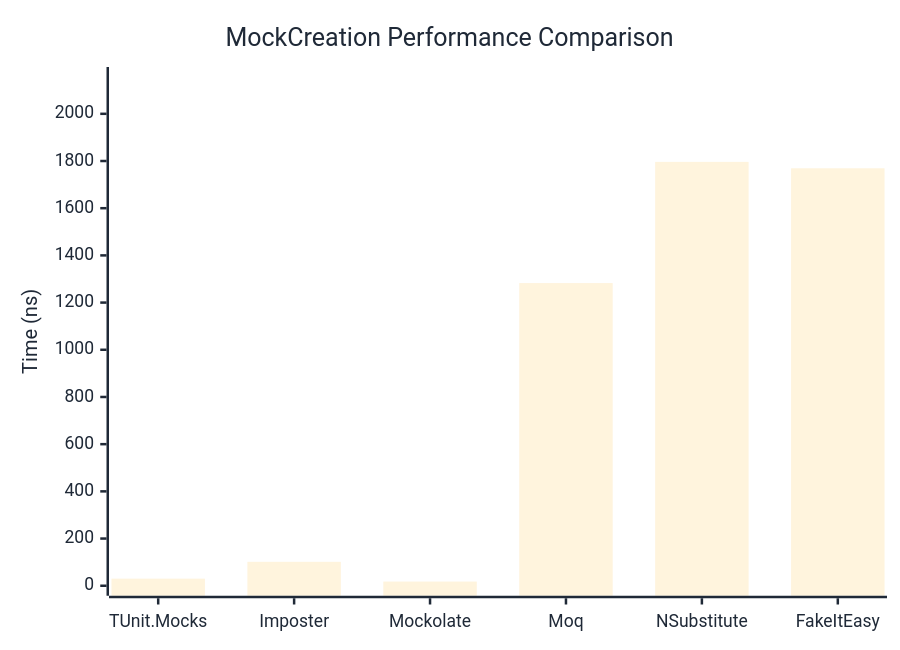
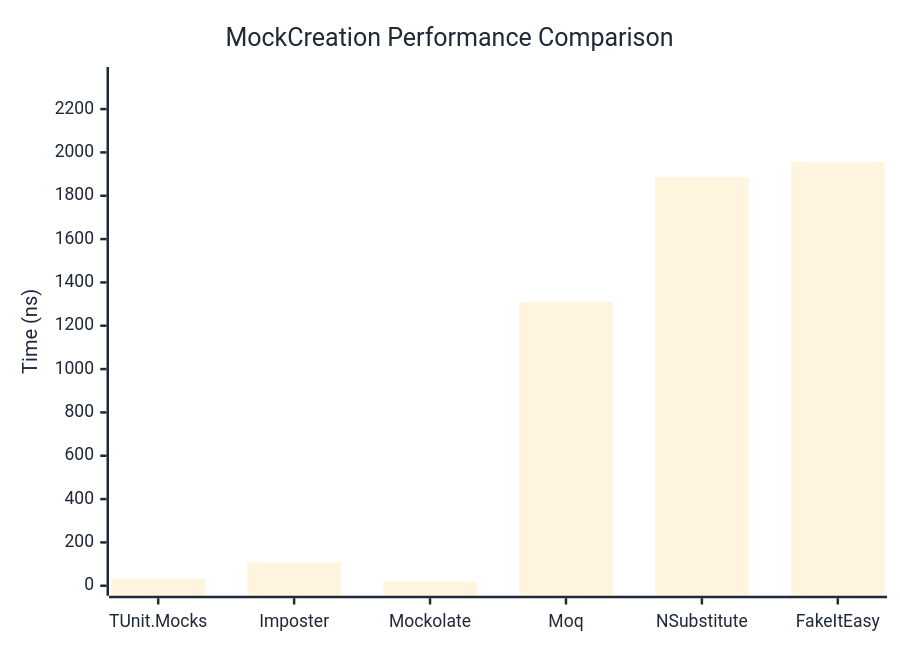
Before and after one commit to thomhurst/TUnit: the first of 2 diagrams in docs/docs/benchmarks/mocks/MockCreation.md, drawn with Mermaid. The commit also changed other lines of this file and 14 other files, not shown here.

````diff
--- a/docs/docs/benchmarks/mocks/MockCreation.md
+++ b/docs/docs/benchmarks/mocks/MockCreation.md
@@ -30,27 +30,27 @@
 ```mermaid
 %%{init: {
   'theme':'base',
   'themeVariables': {
     'primaryColor': '#2563eb',
     'primaryTextColor': '#1f2937',
     'primaryBorderColor': '#1e40af',
     'lineColor': '#6b7280',
     'secondaryColor': '#7c3aed',
     'tertiaryColor': '#dc2626',
     'background': '#ffffff',
     'pie1': '#2563eb',
     'pie2': '#7c3aed',
     'pie3': '#dc2626',
     'pie4': '#f59e0b',
     'pie5': '#10b981',
     'pie6': '#06b6d4',
     'pie7': '#ec4899',
     'pie8': '#6366f1'
   }
 }}%%
 xychart-beta
   title "MockCreation Performance Comparison"
   x-axis ["TUnit.Mocks", "Imposter", "Mockolate", "Moq", "NSubstitute", "FakeItEasy"]
-  y-axis "Time (ns)" 0 --> 2156
-  bar [30.11, 101.36, 17.73, 1282.7, 1796.29, 1769.18]
+  y-axis "Time (ns)" 0 --> 2348
+  bar [30.88, 107.84, 18.91, 1310.23, 1886.02, 1955.92]
 ```
````
